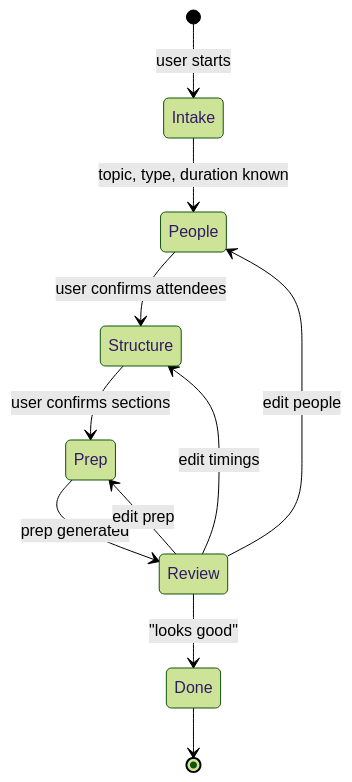
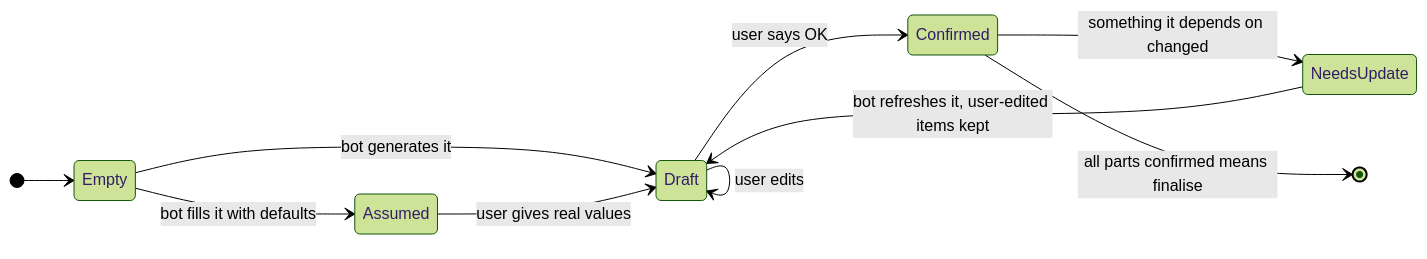
The fourth of 6 diagrams in hld_agenda_bot.md (sivatarun/interview2), drawn with Mermaid (forest theme) before and after one commit. The commit also changed other lines of this file and 3 other files, not shown here.

````diff
--- a/hld_agenda_bot.md
+++ b/hld_agenda_bot.md
@@ -80,13 +174,13 @@
 ```mermaid
 stateDiagram-v2
-    [*] --> Intake: user starts
-    Intake --> People: topic, type, duration known
-    People --> Structure: user confirms attendees
-    Structure --> Prep: user confirms sections
-    Prep --> Review: prep generated
-    Review --> Done: "looks good"
-    Review --> People: edit people
-    Review --> Structure: edit timings
-    Review --> Prep: edit prep
-    Done --> [*]
+    direction LR
+    [*] --> Empty
+    Empty --> Assumed: bot fills it with defaults
+    Empty --> Draft: bot generates it
+    Assumed --> Draft: user gives real values
+    Draft --> Confirmed: user says OK
+    Draft --> Draft: user edits
+    Confirmed --> NeedsUpdate: something it depends on changed
+    NeedsUpdate --> Draft: bot refreshes it, user-edited items kept
+    Confirmed --> [*]: all parts confirmed means finalise
 ```
````
